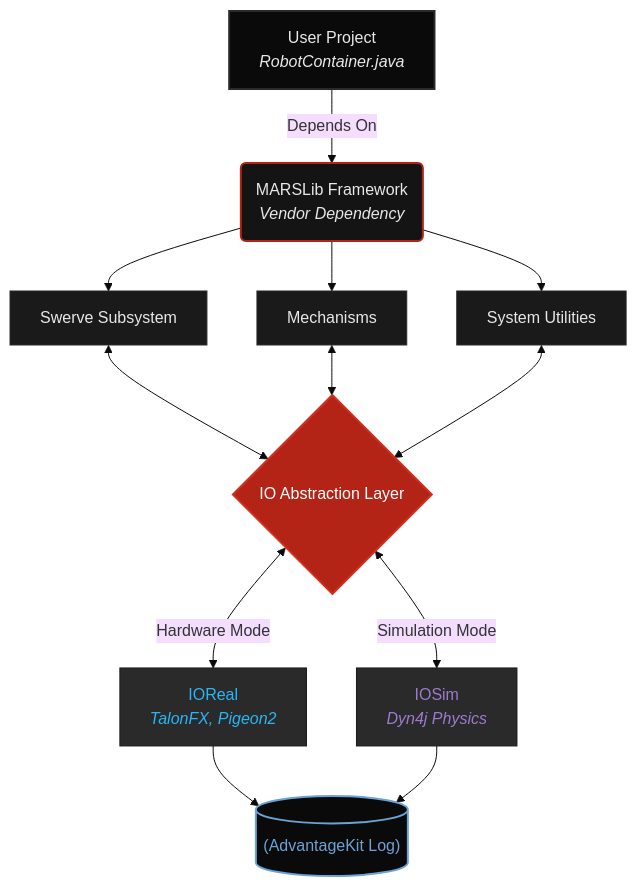
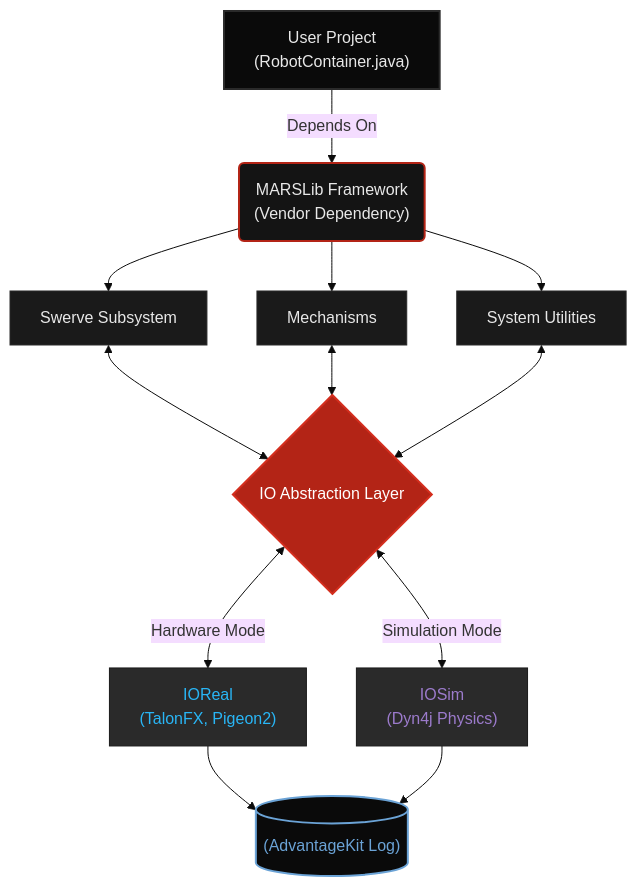
Before and after one commit to MARSProgramming/MARSLib: the diagram in website/src/content/docs/tutorials/framework/architecture.mdx, drawn with Mermaid (base theme). The commit also changed 1 other file, not shown here.

Commit message:
chore(docs): resolve mermaid rendering syntax on architecture page and update hyperlink CSS variable to use high-contrast cyan

````diff
--- a/website/src/content/docs/tutorials/framework/architecture.mdx
+++ b/website/src/content/docs/tutorials/framework/architecture.mdx
@@ -12,23 +12,23 @@
 ```mermaid
 graph TD
-    Z["User Project<br><i>RobotContainer.java</i>"] -->|Depends On| A("MARSLib Framework<br><i>Vendor Dependency</i>")
+    Z["User Project\n(RobotContainer.java)"] -->|Depends On| A("MARSLib Framework\n(Vendor Dependency)")
     A --> C[Swerve Subsystem]
     A --> D[Mechanisms]
     A --> E[System Utilities]
     C <--> F{"IO Abstraction Layer"}
     D <--> F
     E <--> F
-    F <-->|Hardware Mode| G["IOReal<br><i>TalonFX, Pigeon2</i>"]
-    F <-->|Simulation Mode| H["IOSim<br><i>Dyn4j Physics</i>"]
+    F <-->|Hardware Mode| G["IOReal\n(TalonFX, Pigeon2)"]
+    F <-->|Simulation Mode| H["IOSim\n(Dyn4j Physics)"]
     G --> I[("(AdvantageKit Log)")]
     H --> I
     style Z fill:#0a0a0a,stroke:#2a2a2a,stroke-width:2px,color:#e8e8e8
     style A fill:#141414,stroke:#B32416,stroke-width:2px,color:#e8e8e8
     style C fill:#1a1a1a,stroke:#2a2a2a,stroke-width:1px,color:#e8e8e8
     style D fill:#1a1a1a,stroke:#2a2a2a,stroke-width:1px,color:#e8e8e8
     style E fill:#1a1a1a,stroke:#2a2a2a,stroke-width:1px,color:#e8e8e8
     style F fill:#B32416,stroke:#d42e1e,stroke-width:2px,color:#fff
     style G fill:#2a2a2a,stroke:#1a1a1a,stroke-width:1px,color:#29b6f6
     style H fill:#2a2a2a,stroke:#1a1a1a,stroke-width:1px,color:#9c7bcc
     style I fill:#0a0a0a,stroke:#6ba3d6,stroke-width:2px,color:#6ba3d6
 ```
````
